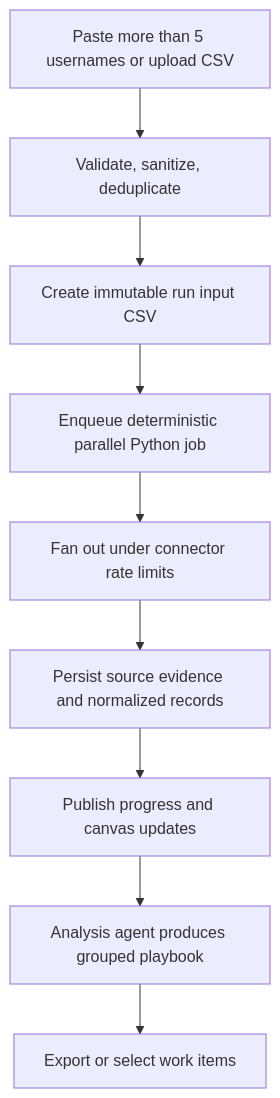
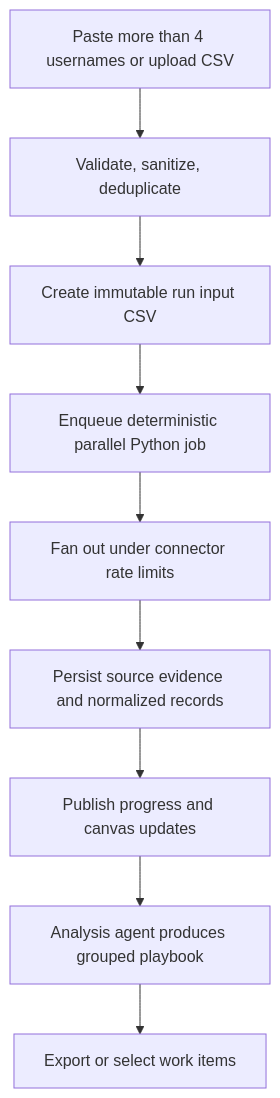
One commit to TheNickSanchez/fleet-recon changed the second of 3 diagrams in project-context/1.define/prd.md. Above: the diagram before and after it, drawn with Mermaid. The commit also changed other lines of this file and 8 other files, not shown here.

````diff
--- a/project-context/1.define/prd.md
+++ b/project-context/1.define/prd.md
@@ -62,11 +61,11 @@
 ```mermaid
 flowchart TD
-  A[Paste more than 5 usernames or upload CSV] --> B[Validate, sanitize, deduplicate]
+  A[Paste more than 4 usernames or upload CSV] --> B[Validate, sanitize, deduplicate]
   B --> C[Create immutable run input CSV]
   C --> D[Enqueue deterministic parallel Python job]
   D --> E[Fan out under connector rate limits]
   E --> F[Persist source evidence and normalized records]
   F --> G[Publish progress and canvas updates]
   G --> H[Analysis agent produces grouped playbook]
   H --> I[Export or select work items]
 ```
````
